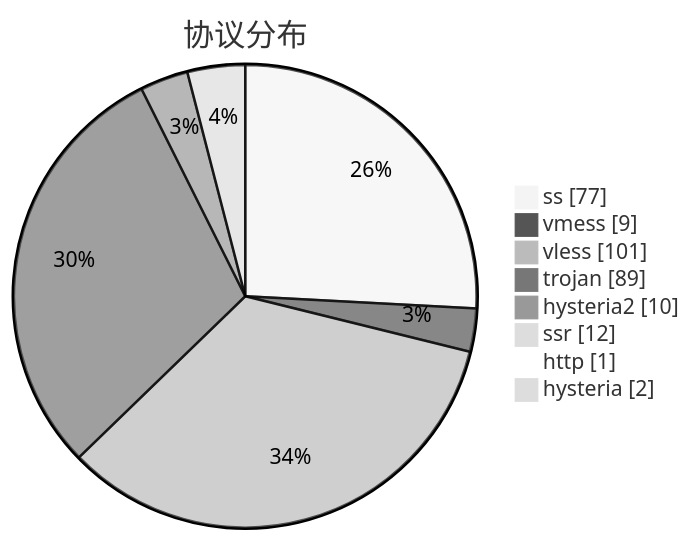
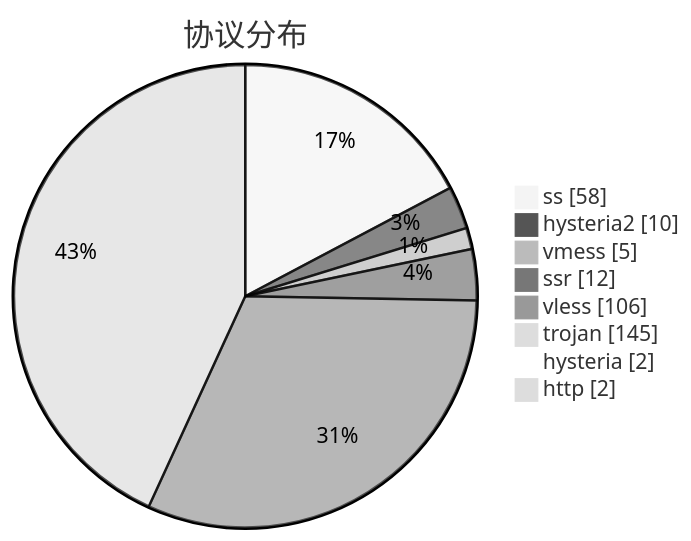
The third of 3 diagrams in subs/statistics/tested_within.md (sinspired/airport), drawn with Mermaid (neutral theme) before and after one commit. The commit also changed other lines of this file and 2 other files, not shown here.

````diff
--- a/subs/statistics/tested_within.md
+++ b/subs/statistics/tested_within.md
@@ -56,12 +52,12 @@
 ```mermaid
 pie showData
 title 协议分布
-"ss" : 77
-"vmess" : 9
-"vless" : 101
-"trojan" : 89
+"ss" : 58
 "hysteria2" : 10
+"vmess" : 5
 "ssr" : 12
-"http" : 1
+"vless" : 106
+"trojan" : 145
 "hysteria" : 2
+"http" : 2
 ```
````
